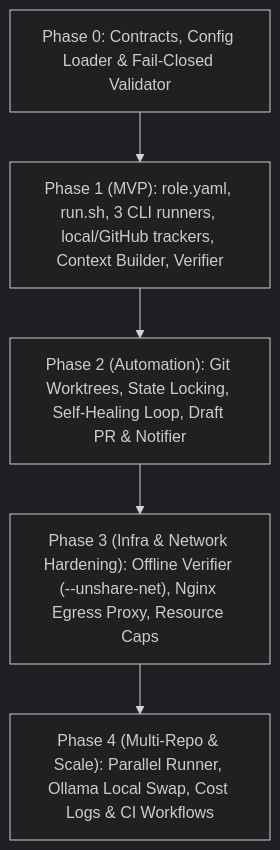
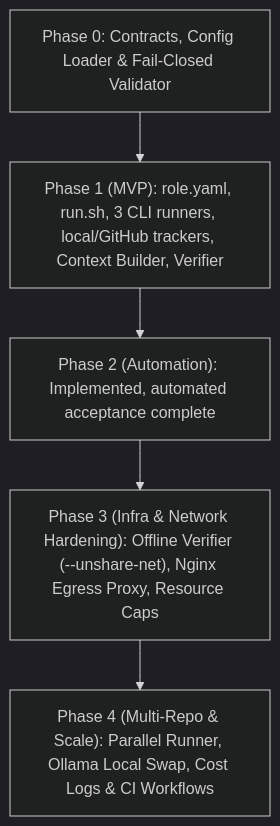
The diagram in docs/implementation_plan.md (islam-kamel/software_factory), drawn with Mermaid (dark theme) before and after one commit. The commit also changed other lines of this file and 28 other files, not shown here.

First line of the commit message:
feat(engine): add managed Phase 2 automation (#4)

````diff
--- a/docs/implementation_plan.md
+++ b/docs/implementation_plan.md
@@ -23,10 +23,10 @@
 ```mermaid
 flowchart TB
     P0["Phase 0: Contracts, Config Loader & Fail-Closed Validator"]
     P1["Phase 1 (MVP): role.yaml, run.sh, 3 CLI runners, local/GitHub trackers, Context Builder, Verifier"]
-    P2["Phase 2 (Automation): Git Worktrees, State Locking, Self-Healing Loop, Draft PR & Notifier"]
+    P2["Phase 2 (Automation): Implemented, automated acceptance complete"]
     P3["Phase 3 (Infra & Network Hardening): Offline Verifier (--unshare-net), Nginx Egress Proxy, Resource Caps"]
     P4["Phase 4 (Multi-Repo & Scale): Parallel Runner, Ollama Local Swap, Cost Logs & CI Workflows"]
 
     P0 --> P1 --> P2 --> P3 --> P4
 ```
````
